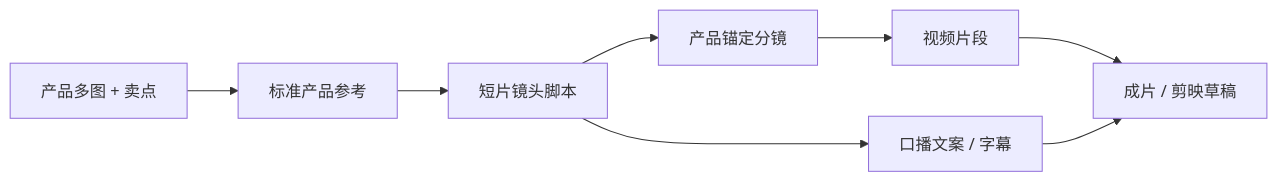
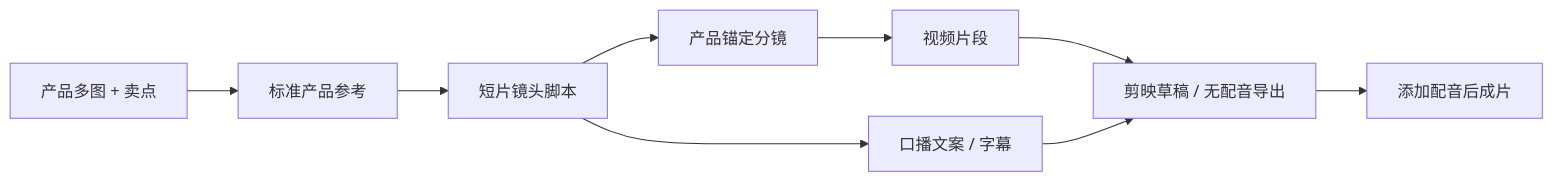
Before and after one commit to ArcReel/ArcReel: the third of 3 diagrams in docs/workflows.md, drawn with Mermaid. The commit also changed 1 other file, not shown here.

Commit message:
docs: 明确生产部署与广告成片步骤

````diff
--- a/docs/workflows.md
+++ b/docs/workflows.md
@@ -165,10 +165,11 @@
 ```mermaid
 flowchart LR
     A["产品多图 + 卖点"] --> B["标准产品参考"]
     B --> C["短片镜头脚本"]
     C --> D["产品锚定分镜"]
     D --> E["视频片段"]
     C --> F["口播文案 / 字幕"]
-    E --> G["成片 / 剪映草稿"]
+    E --> G["剪映草稿 / 无配音导出"]
     F --> G
+    G --> H["添加配音后成片"]
 ```
````
